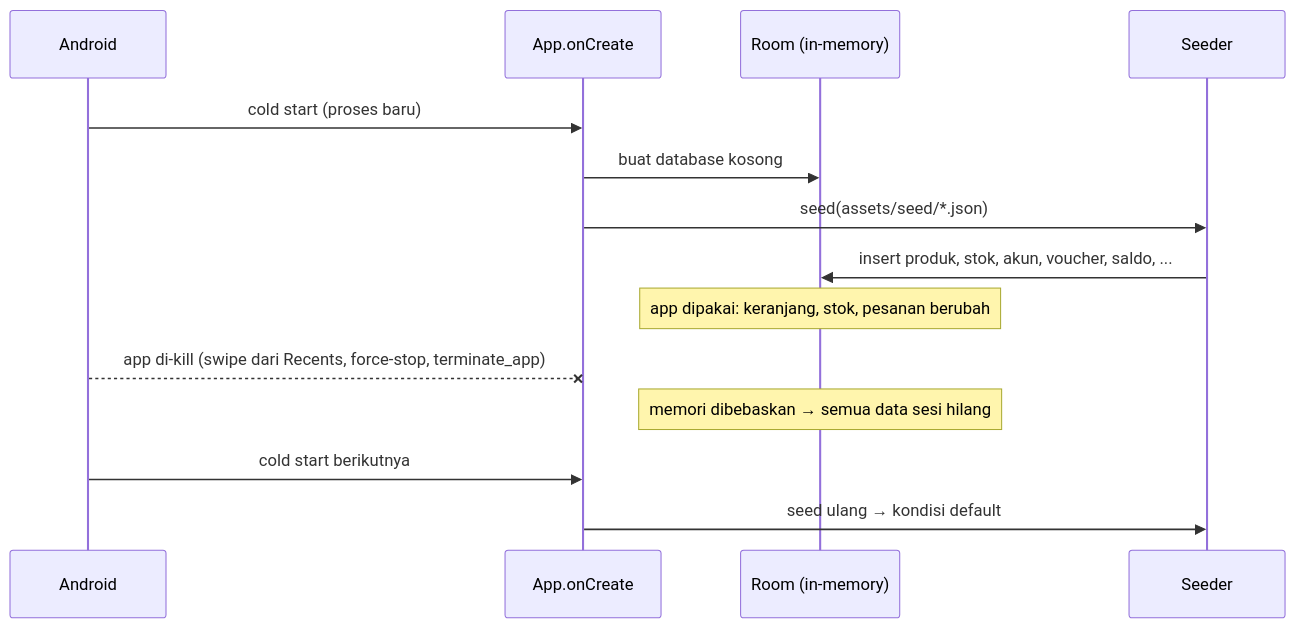
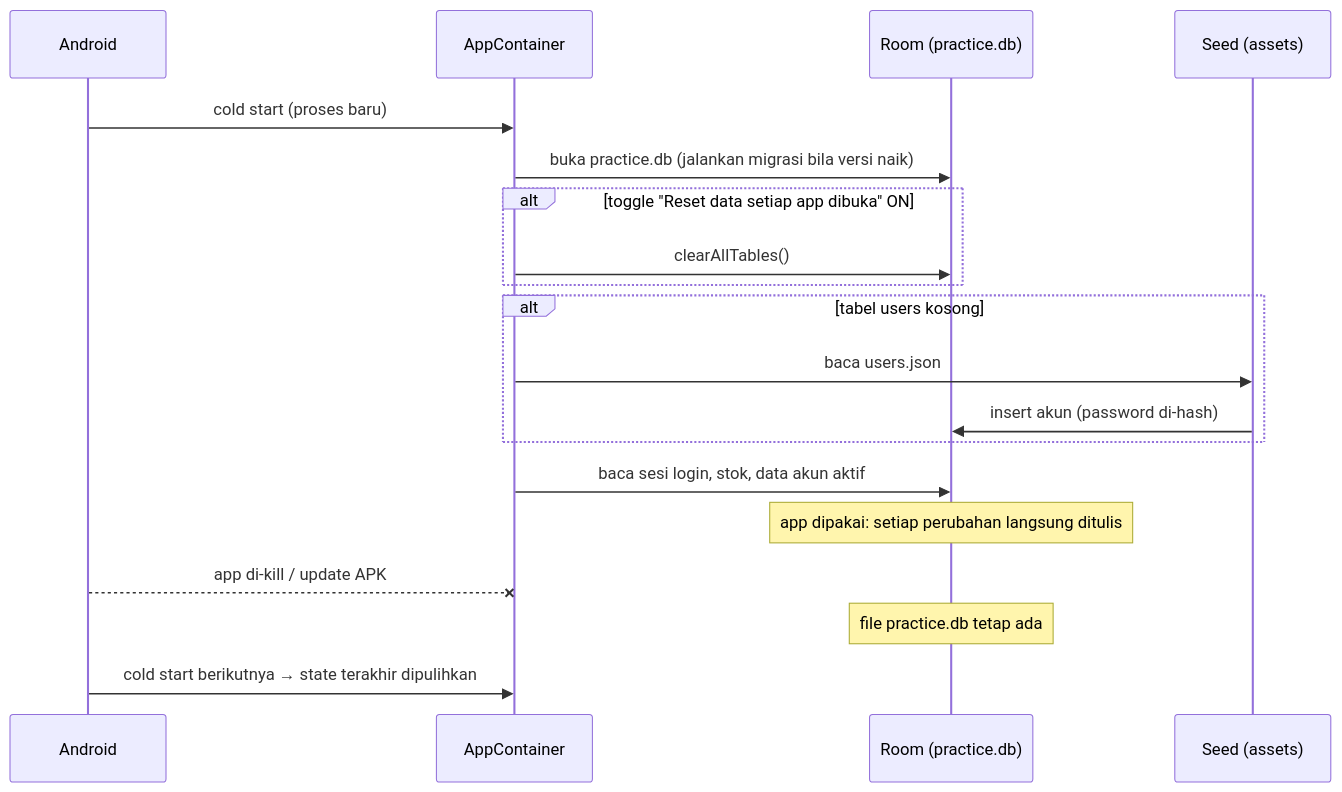
The second of 2 diagrams in ARCHITECTURE.md (dhandyjoe/PracticeMarket.apps), drawn with Mermaid before and after one commit. The commit also changed other lines of this file and 28 other files, not shown here.

First line of the commit message:
feat(db): simpan data aplikasi di database lokal Room

````diff
--- a/ARCHITECTURE.md
+++ b/ARCHITECTURE.md
@@ -159,16 +164,21 @@
 ```mermaid
 sequenceDiagram
   participant OS as Android
-  participant App as App.onCreate
-  participant DB as Room (in-memory)
-  participant Seed as Seeder
+  participant App as AppContainer
+  participant DB as Room (practice.db)
+  participant Seed as Seed (assets)
   OS->>App: cold start (proses baru)
-  App->>DB: buat database kosong
-  App->>Seed: seed(assets/seed/*.json)
-  Seed->>DB: insert produk, stok, akun, voucher, saldo, ...
-  Note over DB: app dipakai: keranjang, stok, pesanan berubah
-  OS--xApp: app di-kill (swipe dari Recents, force-stop, terminate_app)
-  Note over DB: memori dibebaskan → semua data sesi hilang
-  OS->>App: cold start berikutnya
-  App->>Seed: seed ulang → kondisi default
+  App->>DB: buka practice.db (jalankan migrasi bila versi naik)
+  alt toggle "Reset data setiap app dibuka" ON
+    App->>DB: clearAllTables()
+  end
+  alt tabel users kosong
+    App->>Seed: baca users.json
+    Seed->>DB: insert akun (password di-hash)
+  end
+  App->>DB: baca sesi login, stok, data akun aktif
+  Note over DB: app dipakai: setiap perubahan langsung ditulis
+  OS--xApp: app di-kill / update APK
+  Note over DB: file practice.db tetap ada
+  OS->>App: cold start berikutnya → state terakhir dipulihkan
 ```
````
